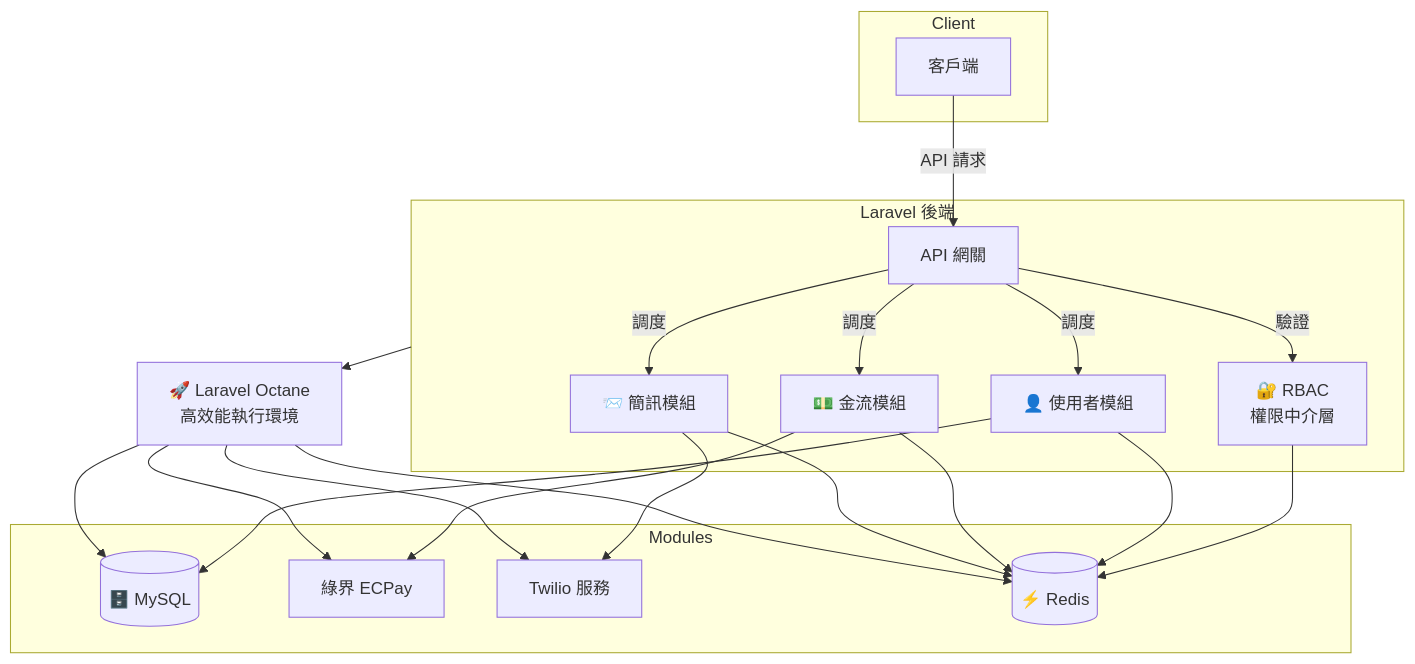
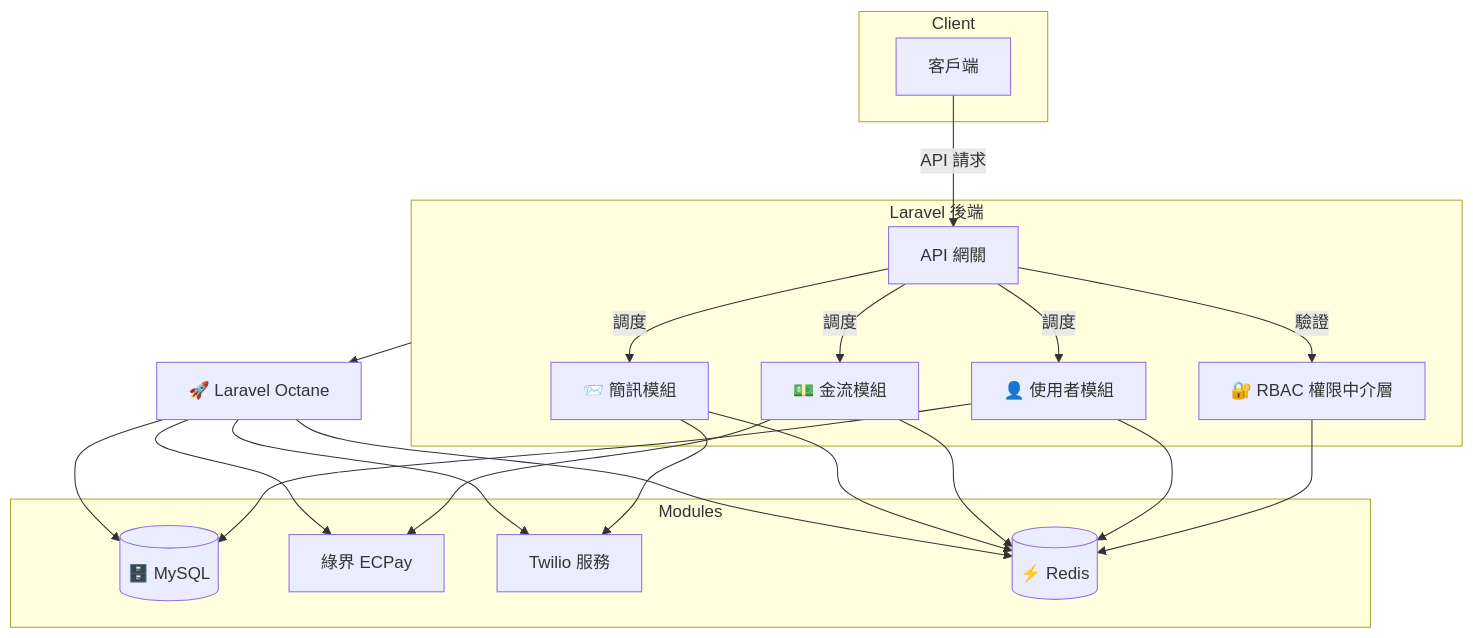
The diagram in README.md (BpsEason/ModuCore), drawn with Mermaid before and after one commit.

````diff
--- a/README.md
+++ b/README.md
@@ -73,32 +73,32 @@
 ```mermaid
 flowchart TD
     subgraph Client
         A[客戶端] 
     end
 
     subgraph Backend["Laravel 後端"]
         B[API 網關]
-        B -->|驗證| AuthZ[🔐 RBAC<br>權限中介層]
+        B -->|驗證| AuthZ[🔐 RBAC 權限中介層]
         B -->|調度| MUser[👤 使用者模組]
         B -->|調度| MPayment[💵 金流模組]
         B -->|調度| MSms[📨 簡訊模組]
     end
 
     subgraph Modules
         MUser --> DB[(🗄️ MySQL)]
         MPayment --> ECPay[綠界 ECPay]
         MSms --> Twilio[Twilio 服務]
         AuthZ --> Redis[(⚡ Redis)]
         MUser --> Redis
         MPayment --> Redis
         MSms --> Redis
     end
 
-    Backend --> Octane[🚀 Laravel Octane<br>高效能執行環境]
+    Backend --> Octane[🚀 Laravel Octane]
     Octane --> DB
     Octane --> Redis
     Octane --> ECPay
     Octane --> Twilio
 
     A -->|API 請求| B
 ```
````
